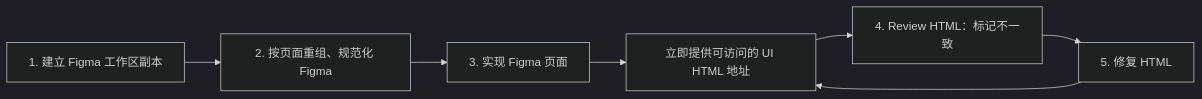
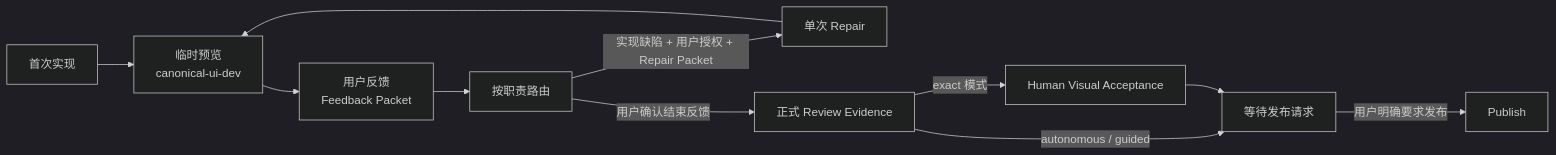
Before and after one commit to bigsmartben/pre-sdd: the second of 3 diagrams in templates/workspace/README.md, drawn with Mermaid (dark theme). The commit also changed other lines of this file and 93 other files, not shown here.

````diff
--- a/templates/workspace/README.md
+++ b/templates/workspace/README.md
@@ -159,9 +159,13 @@
 ```mermaid
 flowchart LR
-    A["1. 建立 Figma 工作区副本"] --> B["2. 按页面重组、规范化 Figma"]
-    B --> C["3. 实现 Figma 页面"]
-    C --> U["立即提供可访问的 UI HTML 地址"]
-    U --> D["4. Review HTML：标记不一致"]
-    D --> E["5. 修复 HTML"]
-    E --> U
+    A["首次实现"] --> B["临时预览<br/>canonical-ui-dev"]
+    B --> C["用户反馈<br/>Feedback Packet"]
+    C --> D["按职责路由"]
+    D -->|"实现缺陷 + 用户授权 + Repair Packet"| E["单次 Repair"]
+    E --> B
+    D -->|"用户确认结束反馈"| F["正式 Review Evidence"]
+    F -->|"exact 模式"| G["Human Visual Acceptance"]
+    F -->|"autonomous / guided"| H["等待发布请求"]
+    G --> H
+    H -->|"用户明确要求发布"| I["Publish"]
 ```
````
